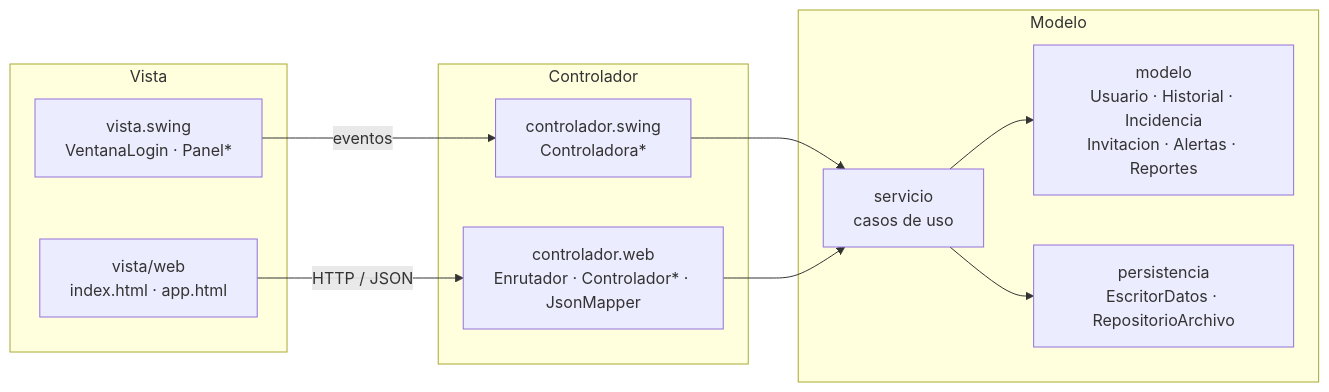
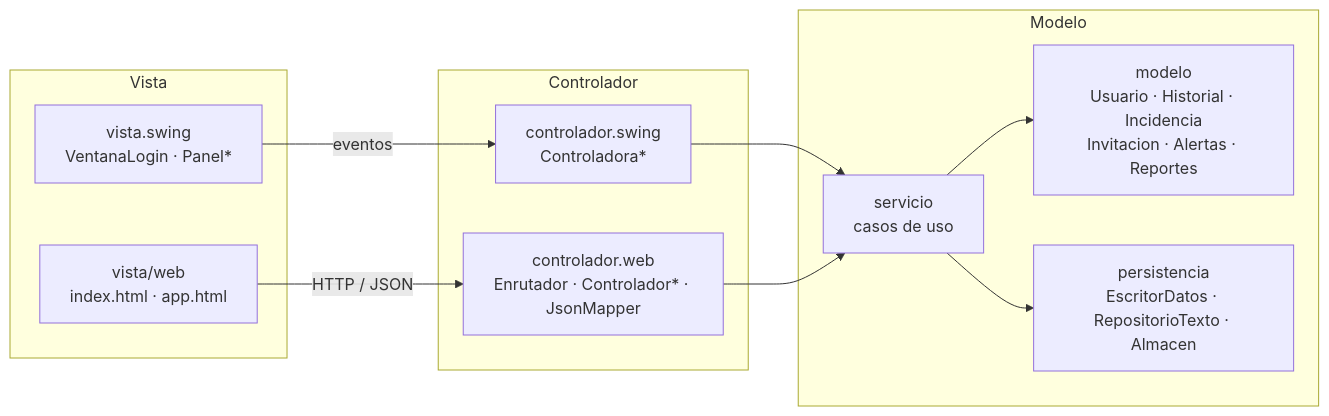
The diagram in README.md (diavolo34/Proyecto-Poo), drawn with Mermaid before and after one commit. The commit also changed 26 other files, not shown here.

First line of the commit message:
feat(persistencia): datos permanentes en Upstash y números de incidencia únicos

````diff
--- a/README.md
+++ b/README.md
@@ -50,22 +50,22 @@
 ```mermaid
 flowchart LR
     subgraph Vista
         SW[vista.swing<br/>VentanaLogin · Panel*]
         WEB[vista/web<br/>index.html · app.html]
     end
     subgraph Controlador
         CS[controlador.swing<br/>Controladora*]
         CW[controlador.web<br/>Enrutador · Controlador* · JsonMapper]
     end
     subgraph Modelo
         SV[servicio<br/>casos de uso]
         MD[modelo<br/>Usuario · Historial · Incidencia<br/>Invitacion · Alertas · Reportes]
-        PE[persistencia<br/>EscritorDatos · RepositorioArchivo]
+        PE[persistencia<br/>EscritorDatos · RepositorioTexto · Almacen]
     end
     SW -- eventos --> CS
     WEB -- HTTP / JSON --> CW
     CS --> SV
     CW --> SV
     SV --> MD
     SV --> PE
 ```
````
